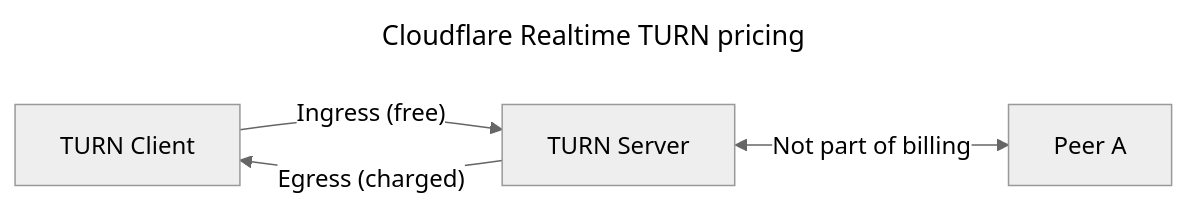
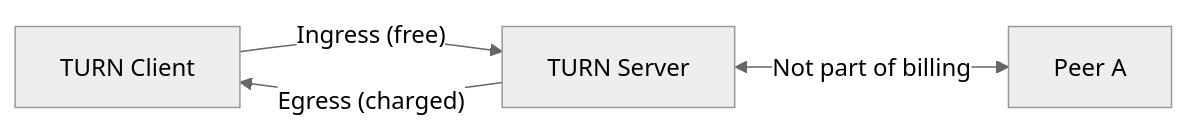
Before and after one commit to cloudflare/cloudflare-docs: the diagram in src/content/docs/realtime/turn/faq.mdx, drawn with Mermaid (neutral theme). The commit also changed other lines of this file and 105 other files, not shown here.

Commit message:
migrate existing mermaid diagrams to MermaidDiagram component

````diff
--- a/src/content/docs/realtime/turn/faq.mdx
+++ b/src/content/docs/realtime/turn/faq.mdx
@@ -24,13 +27,11 @@
 ```mermaid
----
-title: Cloudflare Realtime TURN pricing
----
 flowchart LR
     Client[TURN Client]
     Server[TURN Server]
 
     Client -->|"Ingress (free)"| Server
     Server -->|"Egress (charged)"| Client
 
     Server <-->|Not part of billing| PeerA[Peer A]
+
 ```
````
